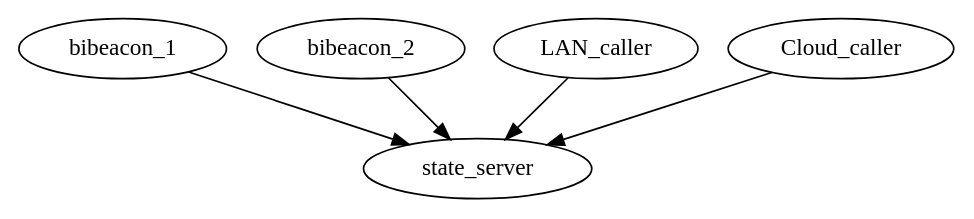
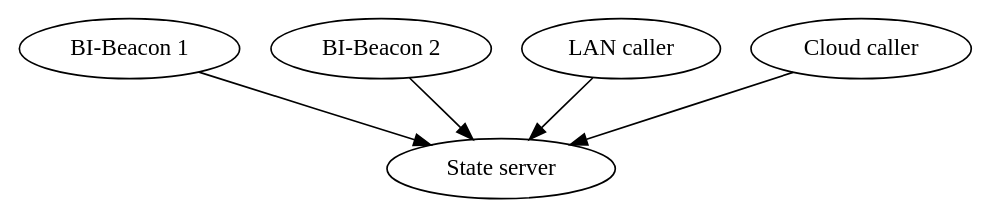
The diagram in docs/architecture.gv (BI-Beacon/server), drawn with Graphviz before and after one commit.

Commit message:
Updated diagram labels.

```diff
--- a/docs/architecture.gv
+++ b/docs/architecture.gv
@@ -1,6 +1,13 @@
 digraph bibeacon_architecture {
+
+	bibeacon_1 [ label="BI-Beacon 1" ]
+	bibeacon_2 [ label="BI-Beacon 2" ]
+	LAN_caller [ label="LAN caller" ]
+	Cloud_caller [ label="Cloud caller" ]
+	state_server [ label="State server" ]
+
 	bibeacon_1 -> state_server
 	bibeacon_2 -> state_server
 	LAN_caller -> state_server
 	Cloud_caller -> state_server
 }
```
